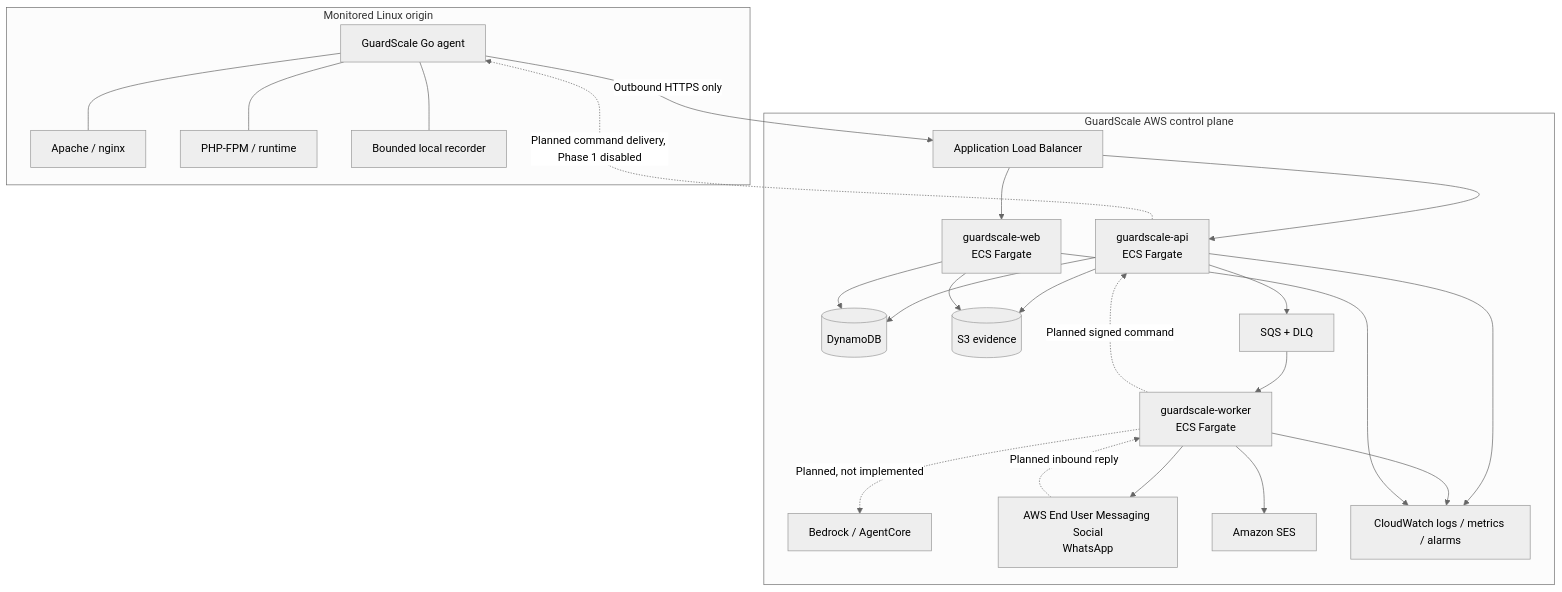
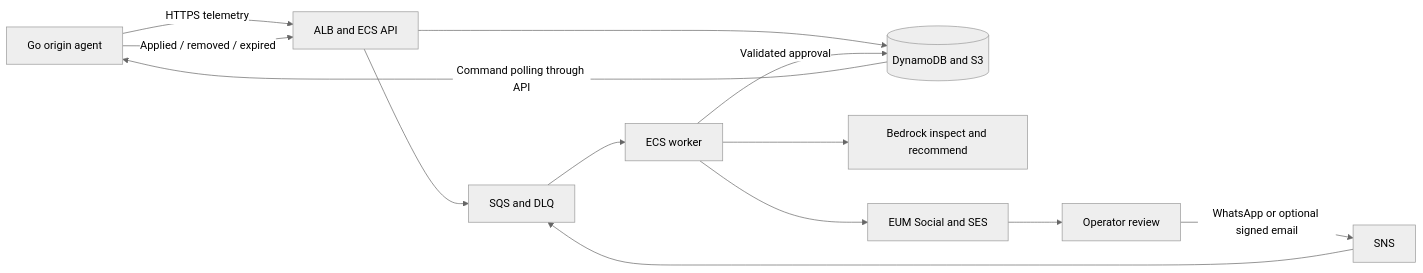
The diagram in docs/architecture-diagram.mmd (techcto/guardscale), drawn with Mermaid (neutral theme) before and after one commit. The commit also changed 8 other files, not shown here.

Commit message:
Document judge walkthrough, runtime CDS evidence and AWS architecture

```diff
--- a/docs/architecture-diagram.mmd
+++ b/docs/architecture-diagram.mmd
@@ -1,31 +1,13 @@
-flowchart TB
-  subgraph Origin[Monitored Linux origin]
-    Agent[GuardScale Go agent]
-    WebServer[Apache / nginx]
-    Runtime[PHP-FPM / runtime]
-    Recorder[Bounded local recorder]
-    Agent --- WebServer
-    Agent --- Runtime
-    Agent --- Recorder
-  end
-  Agent -->|Outbound HTTPS only| ALB[Application Load Balancer]
-  subgraph AWS[GuardScale AWS control plane]
-    ALB --> Web[guardscale-web\nECS Fargate]
-    ALB --> API[guardscale-api\nECS Fargate]
-    API --> DDB[(DynamoDB)]
-    API --> S3[(S3 evidence)]
-    API --> Queue[SQS + DLQ]
-    Queue --> Worker[guardscale-worker\nECS Fargate]
-    Worker -.->|Planned, not implemented| Bedrock[Bedrock / AgentCore]
-    Worker --> WhatsApp[AWS End User Messaging Social\nWhatsApp]
-    Worker --> SES[Amazon SES]
-    Web --> DDB
-    Web --> S3
-    Logs[CloudWatch logs / metrics / alarms]
-    API --> Logs
-    Worker --> Logs
-    Web --> Logs
-  end
-  WhatsApp -.->|Planned inbound reply| Worker
-  Worker -.->|Planned signed command| API
-  API -.->|Planned command delivery, Phase 1 disabled| Agent
+flowchart LR
+  Agent[Go origin agent] -->|HTTPS telemetry| API[ALB and ECS API]
+  API --> State[(DynamoDB and S3)]
+  API --> Queue[SQS and DLQ]
+  Queue --> Worker[ECS worker]
+  Worker --> Bedrock[Bedrock inspect and recommend]
+  Worker --> CDS[EUM Social and SES]
+  CDS --> Human[Operator review]
+  Human -->|WhatsApp or optional signed email| SNS[SNS]
+  SNS --> Queue
+  Worker -->|Validated approval| State
+  State -->|Command polling through API| Agent
+  Agent -->|Applied / removed / expired| API
```
